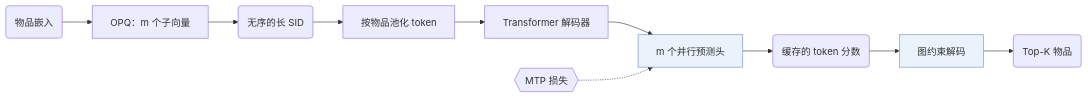
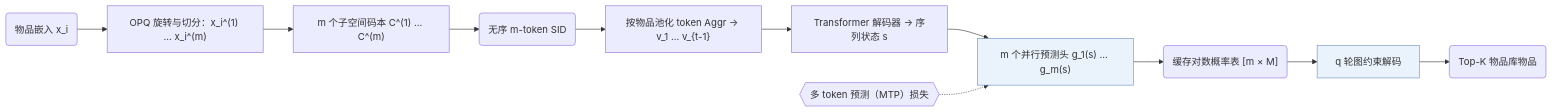
Before and after one commit to Galaxy-ghost/Awesome-SID-Generative-Rec: the first of 2 diagrams in notes/zh/rpg.md, drawn with Mermaid. The commit also changed other lines of this file and 649 other files, not shown here.

Commit message:
writer-05: also tags and modality index (schema, check, build, visuals); summary field removed; calibration data for 12 papers

````diff
--- a/notes/zh/rpg.md
+++ b/notes/zh/rpg.md
@@ -16,13 +18,14 @@
 ```mermaid
 flowchart LR
-    A("物品嵌入") --> B["OPQ：m 个子向量"]
-    B --> C("无序的长 SID")
-    C --> D["按物品池化 token"]
-    D --> E["Transformer 解码器"]
-    E --> F["m 个并行预测头"]:::key
-    L1{{"MTP 损失"}} -.-> F
-    F --> G("缓存的 token 分数")
-    G --> H["图约束解码"]:::key
-    H --> I("Top-K 物品")
+    A("物品嵌入 x_i") --> B["OPQ 旋转与切分：x_i^(1) ... x_i^(m)"]
+    B --> C["m 个子空间码本 C^(1) ... C^(m)"]
+    C --> D("无序 m-token SID")
+    D --> P["按物品池化 token Aggr -> v_1 ... v_{t-1}"]
+    P --> E["Transformer 解码器 -> 序列状态 s"]
+    E --> F["m 个并行预测头 g_1(s) ... g_m(s)"]:::key
+    L1{{"多 token 预测（MTP）损失"}} -.-> F
+    F --> G("缓存对数概率表 [m × M]")
+    G --> H["q 轮图约束解码"]:::key
+    H --> I("Top-K 物品库物品")
     classDef key fill:#eaf2fb,stroke:#6b8fc7
 ```
````
